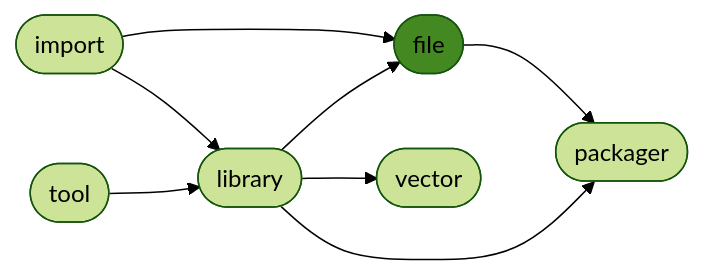
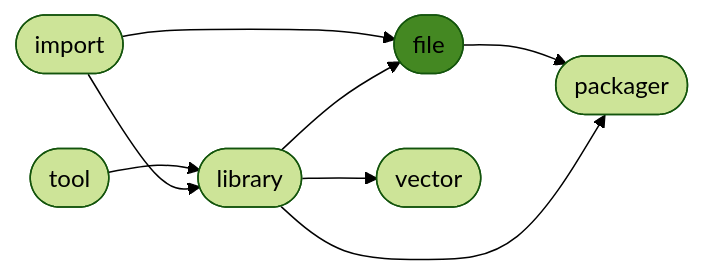
Before and after one commit to ManderaGeneral/generalfile: the diagram in README.md, drawn with Mermaid (forest theme). The commit also changed other lines of this file, not shown here.

````diff
--- a/README.md
+++ b/README.md
@@ -24,17 +24,17 @@
 ```mermaid
 flowchart LR
+1([tool]) --> 2([library])
+2([library]) --> 4([vector])
 3([file]) --> 5([packager])
 0([import]) --> 3([file])
+0([import]) --> 2([library])
+2([library]) --> 5([packager])
 2([library]) --> 3([file])
-2([library]) --> 4([vector])
-2([library]) --> 5([packager])
-1([tool]) --> 2([library])
-0([import]) --> 2([library])
 click 0 "https://github.com/ManderaGeneral/generalimport"
 click 1 "https://github.com/ManderaGeneral/generaltool"
 click 2 "https://github.com/ManderaGeneral/generallibrary"
 click 3 "https://github.com/ManderaGeneral/generalfile"
 click 4 "https://github.com/ManderaGeneral/generalvector"
 click 5 "https://github.com/ManderaGeneral/generalpackager"
 style 3 fill:#482
 ```
````
